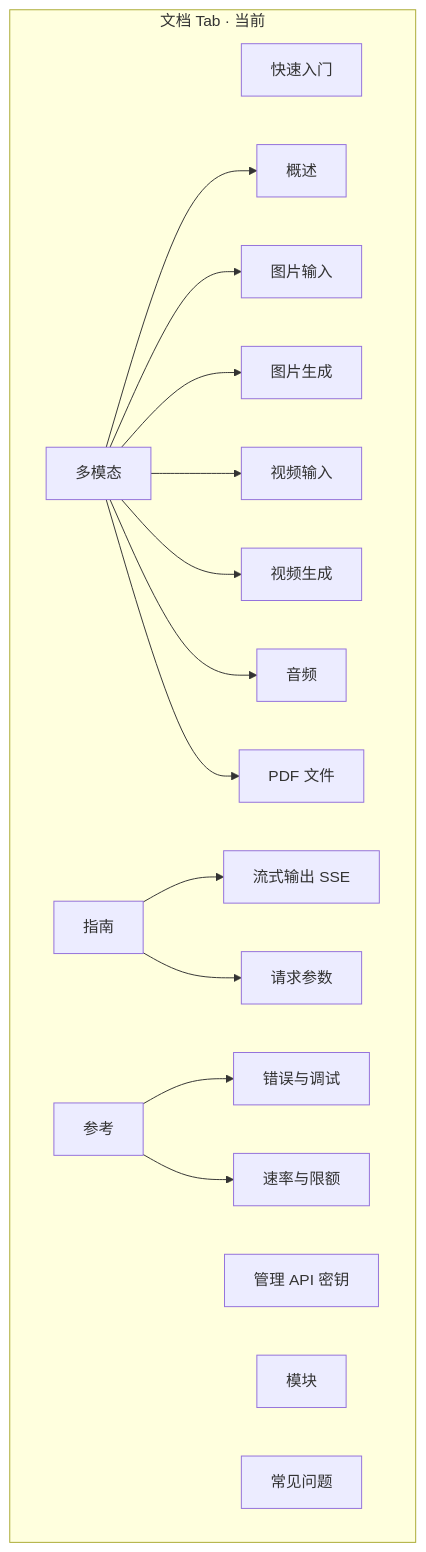
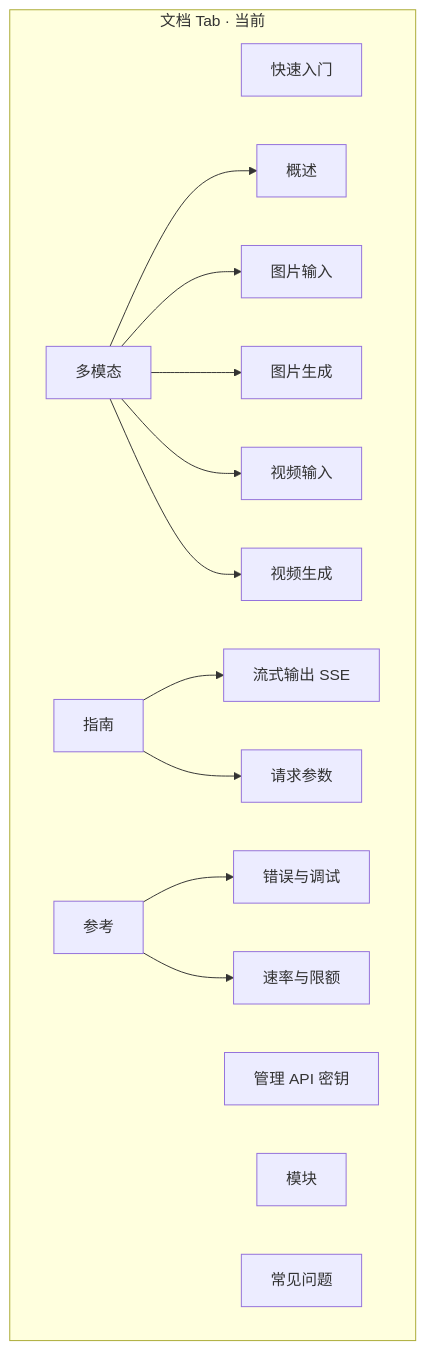
The third of 3 diagrams in apps/trinity-docs/README.md (chenximo/trinity-AI), drawn with Mermaid before and after one commit. The commit also changed other lines of this file and 76 other files, not shown here.

````diff
--- a/apps/trinity-docs/README.md
+++ b/apps/trinity-docs/README.md
@@ -175,23 +185,21 @@
 ```mermaid
 flowchart TB
   subgraph docs_now["文档 Tab · 当前"]
     C1[快速入门]
     C2[管理 API 密钥]
     C3[模块]
     MM[多模态]
     MM --> M1[概述]
     MM --> M2[图片输入]
     MM --> M3[图片生成]
     MM --> M4[视频输入]
     MM --> M5[视频生成]
-    MM --> M6[音频]
-    MM --> M7[PDF 文件]
     G[指南]
     G --> G1[流式输出 SSE]
     G --> G2[请求参数]
     R[参考]
     R --> R1[错误与调试]
     R --> R2[速率与限额]
     C4[常见问题]
   end
 ```
````
